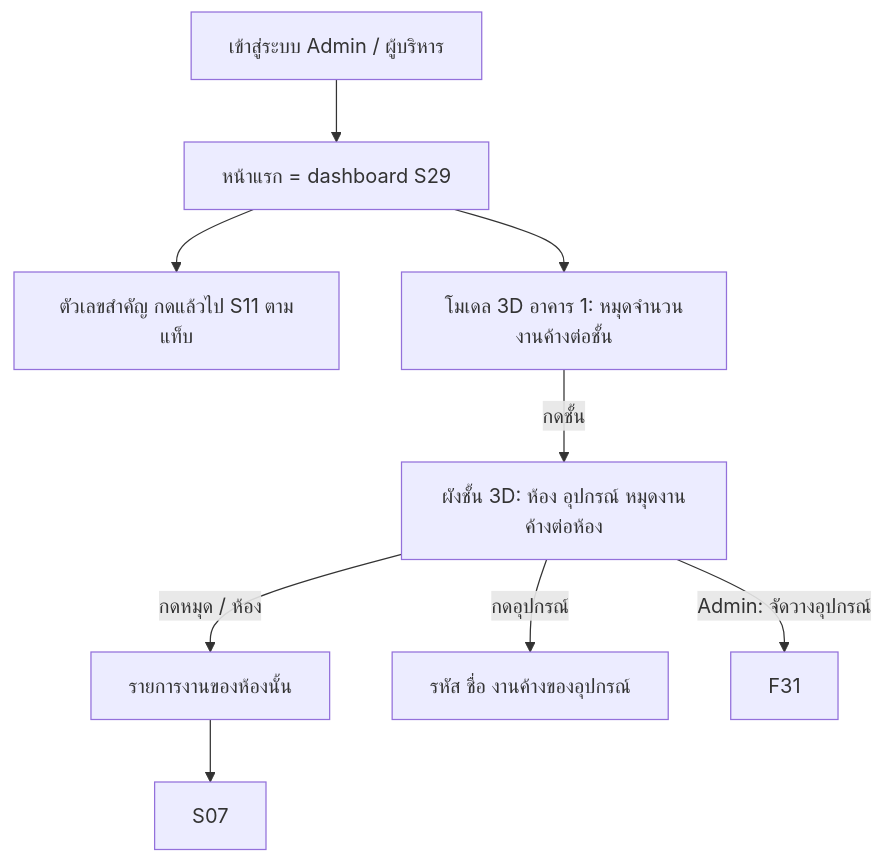
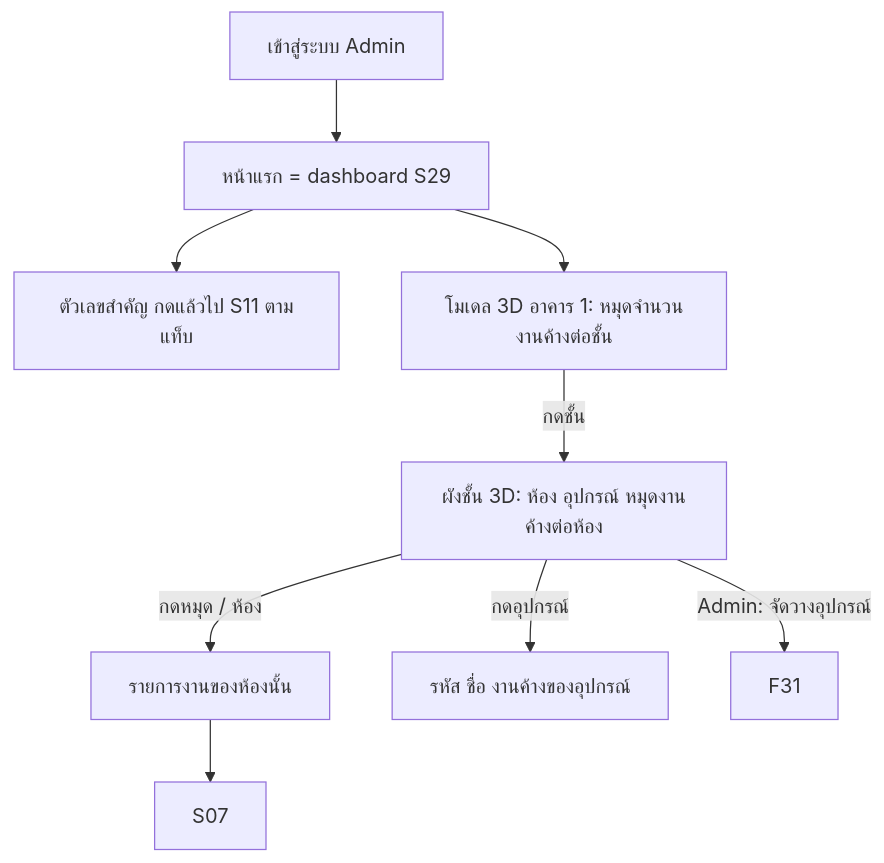
One commit to pithawat/BAMBAM changed diagram 14 of 14 in docs/modules/repair/02-flows.md. Above: the diagram before and after it, drawn with Mermaid. The commit also changed other lines of this file and 175 other files, not shown here.

````diff
--- a/docs/modules/repair/02-flows.md
+++ b/docs/modules/repair/02-flows.md
@@ -423,10 +430,10 @@
 ```mermaid
 flowchart TD
-  A[เข้าสู่ระบบ Admin / ผู้บริหาร] --> B[หน้าแรก = dashboard S29]
+  A[เข้าสู่ระบบ Admin] --> B[หน้าแรก = dashboard S29]
   B --> C[ตัวเลขสำคัญ กดแล้วไป S11 ตามแท็บ]
   B --> D[โมเดล 3D อาคาร 1: หมุดจำนวนงานค้างต่อชั้น]
   D -- กดชั้น --> E[ผังชั้น 3D: ห้อง อุปกรณ์ หมุดงานค้างต่อห้อง]
   E -- กดหมุด / ห้อง --> F[รายการงานของห้องนั้น] --> G[S07]
   E -- กดอุปกรณ์ --> H[รหัส ชื่อ งานค้างของอุปกรณ์]
   E -- Admin: จัดวางอุปกรณ์ --> I[F31]
 ```
````
